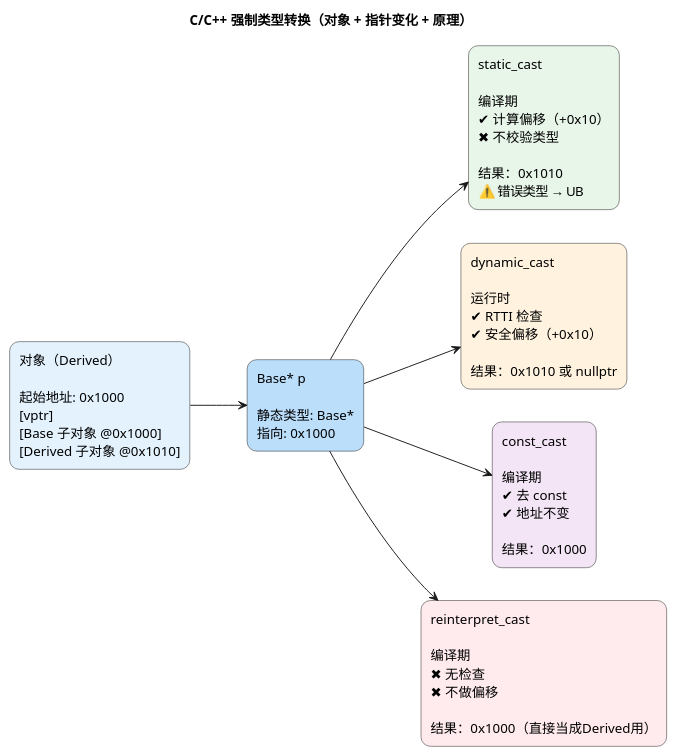
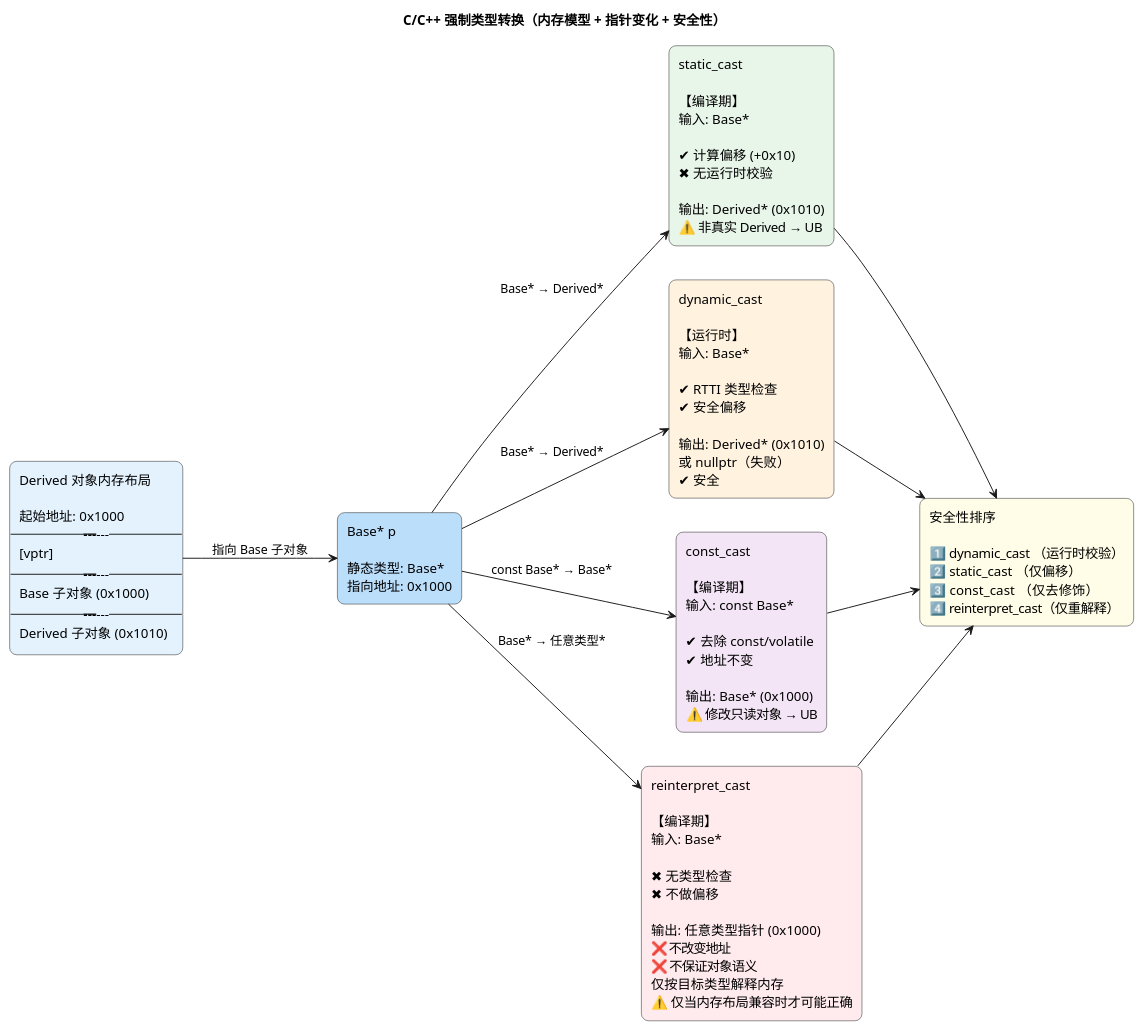
One commit to wudcx/wudcx.github.io changed the first of 8 diagrams in public/articles/zh/cpp-language-fundamentals.md. Above: the diagram before and after it, drawn with PlantUML. The commit also changed other lines of this file and 3 other files, not shown here.

````diff
--- a/public/articles/zh/cpp-language-fundamentals.md
+++ b/public/articles/zh/cpp-language-fundamentals.md
@@ -32,35 +32,43 @@
 ```plantuml
 @startuml
-title C/C++ 强制类型转换（对象 + 指针变化 + 原理）
+title C/C++ 强制类型转换（内存模型 + 指针变化 + 安全性）
 
 left to right direction
 skinparam rectangle {
-    RoundCorner 20
-    Padding 12
+    RoundCorner 15
+    Padding 10
 }
 skinparam shadowing false
 
-' ===== 对象区 =====
-rectangle "对象（Derived）\n\n起始地址: 0x1000\n[vptr]\n[Base 子对象 @0x1000]\n[Derived 子对象 @0x1010]" as OBJ #E3F2FD
+' ================== 内存布局 ==================
+rectangle "Derived 对象内存布局\n\n起始地址: 0x1000\n----------------------\n[vptr]\n----------------------\nBase 子对象 (0x1000)\n----------------------\nDerived 子对象 (0x1010)" as OBJ #E3F2FD
 
-rectangle "Base* p\n\n静态类型: Base*\n指向: 0x1000" as BASEPTR #BBDEFB
+rectangle "Base* p\n\n静态类型: Base*\n指向地址: 0x1000" as BASEPTR #BBDEFB
 
-OBJ -down-> BASEPTR
+OBJ -down-> BASEPTR : 指向 Base 子对象
 
-' ===== 转换区 =====
+' ================== 转换 ==================
+rectangle "static_cast\n\n【编译期】\n输入: Base*\n\n✔ 计算偏移 (+0x10)\n✖ 无运行时校验\n\n输出: Derived* (0x1010)\n⚠️ 非真实 Derived → UB" as SC #E8F5E9
 
-rectangle "static_cast\n\n编译期\n✔ 计算偏移（+0x10）\n✖ 不校验类型\n\n结果：0x1010\n⚠️ 错误类型 → UB" as SC #E8F5E9
+rectangle "dynamic_cast\n\n【运行时】\n输入: Base*\n\n✔ RTTI 类型检查\n✔ 安全偏移\n\n输出: Derived* (0x1010)\n或 nullptr（失败）\n✔ 安全" as DC #FFF3E0
 
-rectangle "dynamic_cast\n\n运行时\n✔ RTTI 检查\n✔ 安全偏移（+0x10）\n\n结果：0x1010 或 nullptr" as DC #FFF3E0
+rectangle "const_cast\n\n【编译期】\n输入: const Base*\n\n✔ 去除 const/volatile\n✔ 地址不变\n\n输出: Base* (0x1000)\n⚠️ 修改只读对象 → UB" as CC #F3E5F5
 
-rectangle "const_cast\n\n编译期\n✔ 去 const\n✔ 地址不变\n\n结果：0x1000" as CC #F3E5F5
+rectangle "reinterpret_cast\n\n【编译期】\n输入: Base*\n\n✖ 无类型检查\n✖ 不做偏移\n\n输出: 任意类型指针 (0x1000)\n❌ 不改变地址\n❌ 不保证对象语义\n仅按目标类型解释内存\n⚠️ 仅当内存布局兼容时才可能正确" as RC #FFEBEE
 
-rectangle "reinterpret_cast\n\n编译期\n✖ 无检查\n✖ 不做偏移\n\n结果：0x1000（直接当成Derived用）" as RC #FFEBEE
+' ================== 连接 ==================
+BASEPTR --> SC : Base* → Derived*
+BASEPTR --> DC : Base* → Derived*
+BASEPTR --> CC : const Base* → Base*
+BASEPTR --> RC : Base* → 任意类型*
 
-' ===== 连接 =====
-BASEPTR --> SC
-BASEPTR --> DC
-BASEPTR --> CC
-BASEPTR --> RC
+' ================== 安全等级 ==================
+rectangle "安全性排序\n\n1️⃣ dynamic_cast  （运行时校验）\n2️⃣ static_cast   （仅偏移）\n3️⃣ const_cast    （仅去修饰）\n4️⃣ reinterpret_cast（仅重解释）" as SAFE #FFFDE7
+
+SC -down-> SAFE
+DC -down-> SAFE
+CC -down-> SAFE
+RC -down-> SAFE
+
 @enduml
 ```
````
